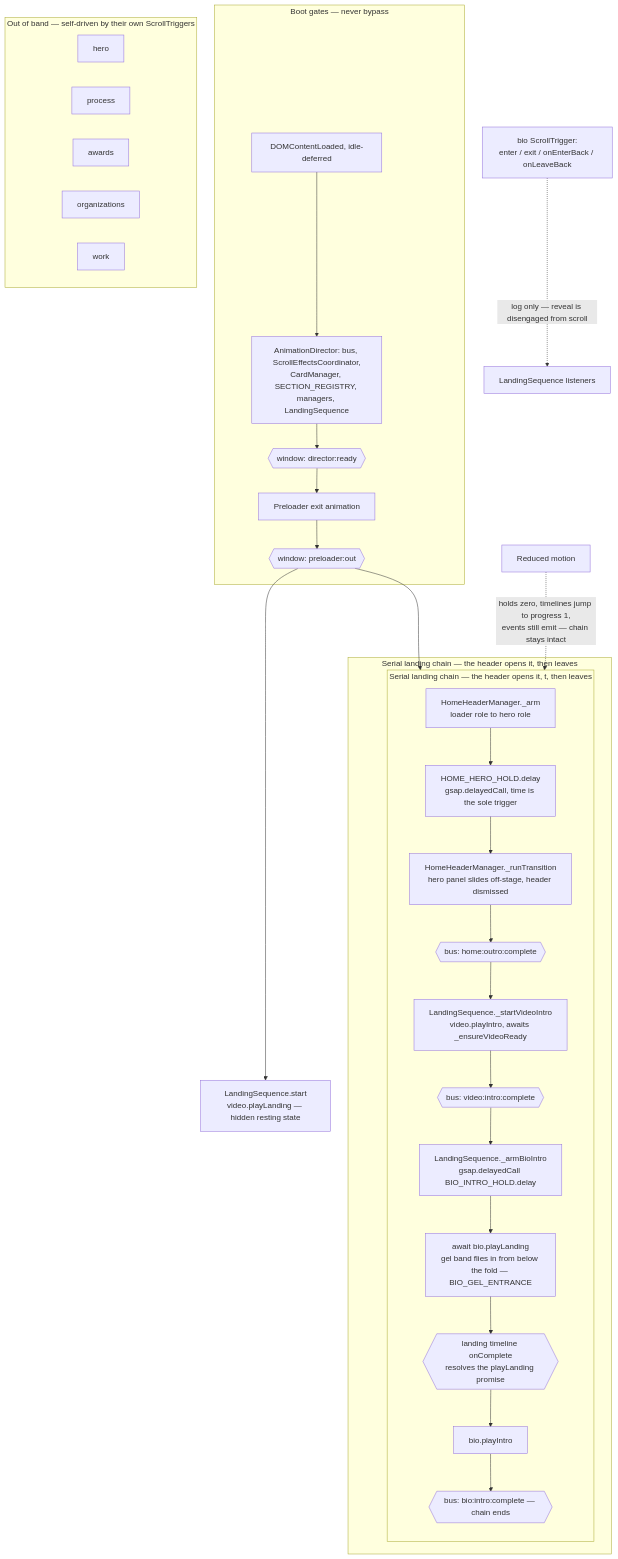
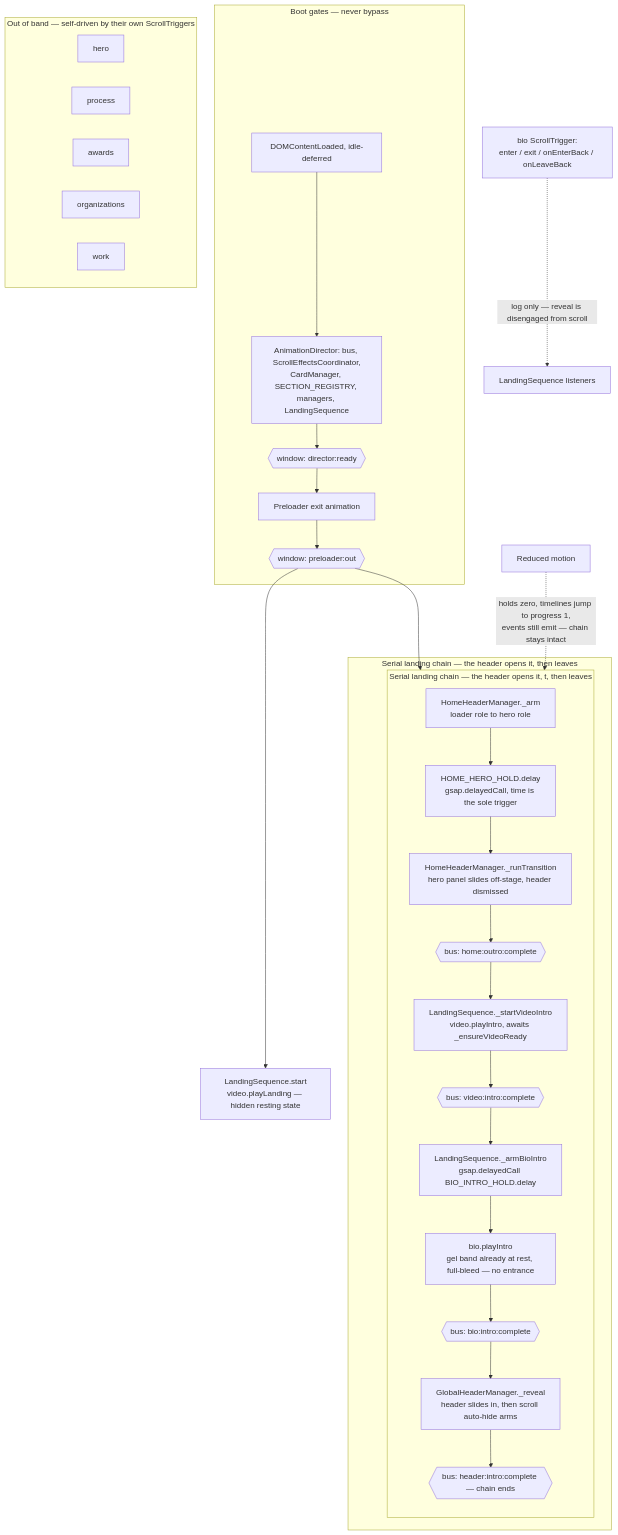
One commit to datainkio/portfolio-frontend changed the diagram in js/choreography/templates/landing/LandingSequence.md. Above: the diagram before and after it, drawn with Mermaid. The commit also changed other lines of this file and 32 other files, not shown here.

Commit message:
feat: reveal header on bio intro, remove gel entrance, add project page video

````diff
--- a/js/choreography/templates/landing/LandingSequence.md
+++ b/js/choreography/templates/landing/LandingSequence.md
@@ -35,44 +35,44 @@
 ```mermaid
 ---
 id: 203d9974-a23a-483a-8c76-d8d3354cd124
 ---
 flowchart TD
     subgraph boot["Boot gates — never bypass"]
         DCL["DOMContentLoaded, idle-deferred"] --> AD["AnimationDirector: bus, ScrollEffectsCoordinator,<br/>CardManager, SECTION_REGISTRY, managers, LandingSequence"]
         AD --> DR{{"window: director:ready"}}
         DR --> PRE["Preloader exit animation"]
         PRE --> PO{{"window: preloader:out"}}
     end
 
     PO --> LS["LandingSequence.start<br/>video.playLanding — hidden resting state"]
     PO --> ARM["HomeHeaderManager._arm<br/>loader role to hero role"]
 
     subgraph chain["Serial landing chain — the header opens it, then leaves"]
         subgraph chain_inner["Serial landing chain — the header opens it, t, then leaves"]
             direction TB
             ARM --> HOLD["HOME_HERO_HOLD.delay<br/>gsap.delayedCall, time is the sole trigger"]
             HOLD --> DECON["HomeHeaderManager._runTransition<br/>hero panel slides off-stage, header dismissed"]
             DECON --> HOC{{"bus: home:outro:complete"}}
             HOC --> VID["LandingSequence._startVideoIntro<br/>video.playIntro, awaits _ensureVideoReady"]
             VID --> VIC{{"bus: video:intro:complete"}}
             VIC --> BEAT["LandingSequence._armBioIntro<br/>gsap.delayedCall BIO_INTRO_HOLD.delay"]
-            BEAT --> GEL["await bio.playLanding<br/>gel band flies in from below the fold — BIO_GEL_ENTRANCE"]
-            GEL --> GLC{{"landing timeline onComplete<br/>resolves the playLanding promise"}}
-            GLC --> BIO["bio.playIntro"]
-            BIO --> BIC{{"bus: bio:intro:complete — chain ends"}}
+            BEAT --> BIO["bio.playIntro<br/>gel band already at rest, full-bleed — no entrance"]
+            BIO --> BIC{{"bus: bio:intro:complete"}}
+            BIC --> HDR["GlobalHeaderManager._reveal<br/>header slides in, then scroll auto-hide arms"]
+            HDR --> HIC{{"bus: header:intro:complete — chain ends"}}
         end
     end
 
     subgraph scroll["Out of band — self-driven by their own ScrollTriggers"]
         direction LR
         HERO["hero"]
         PROC["process"]
         AWARDS["awards"]
         ORGS["organizations"]
         WORK["work"]
     end
 
     BIOST["bio ScrollTrigger:<br/>enter / exit / onEnterBack / onLeaveBack"] -.->|"log only — reveal is disengaged from scroll"| LSOBS["LandingSequence listeners"]
 
     RM["Reduced motion"] -.->|"holds zero, timelines jump to progress 1,<br/>events still emit — chain stays intact"| chain_inner
 ```
````
